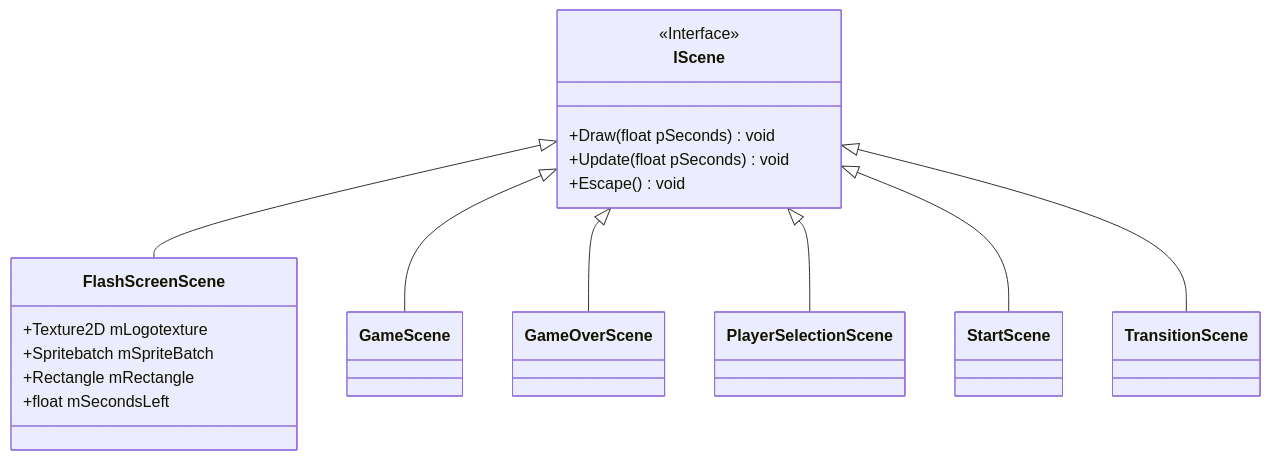
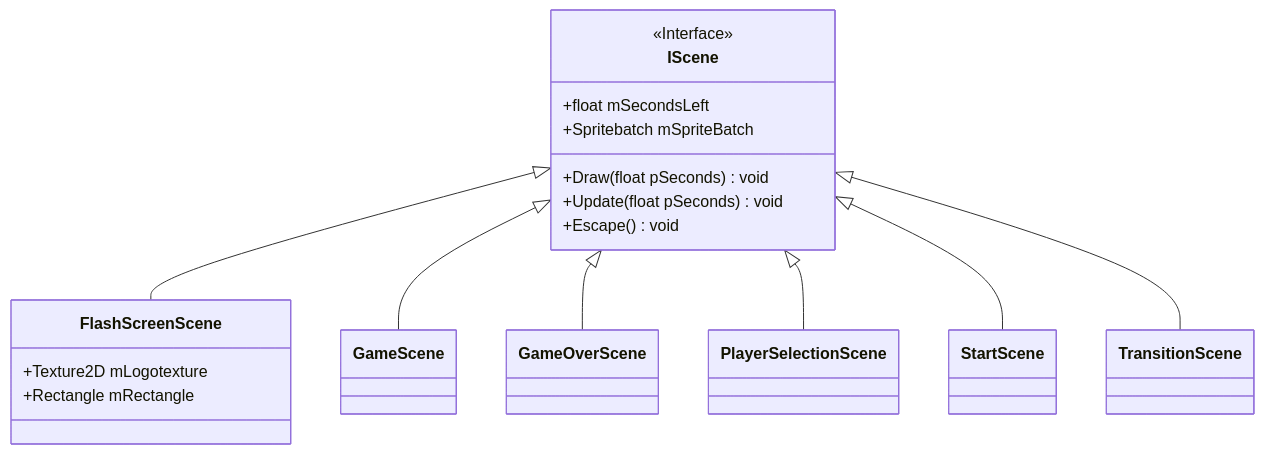
The diagram in README.md (Spoingus/TroublesomeTanks_CDP), drawn with Mermaid before and after one commit.

````diff
--- a/README.md
+++ b/README.md
@@ -1,20 +1,21 @@
 ```mermaid
 classDiagram
     IScene <|-- FlashScreenScene
     IScene <|-- GameScene
     IScene <|-- GameOverScene
     IScene <|-- PlayerSelectionScene
     IScene <|-- StartScene
     IScene <|-- TransitionScene
     <<Interface>> IScene
+
+    IScene : +float mSecondsLeft
+    IScene : +Spritebatch mSpriteBatch
     IScene : +Draw(float pSeconds) void
     IScene : +Update(float pSeconds) void
     IScene : +Escape() void
 
     class FlashScreenScene{
         +Texture2D mLogotexture
-        +Spritebatch mSpriteBatch
         +Rectangle mRectangle
-        +float mSecondsLeft
     }
 ```
````
